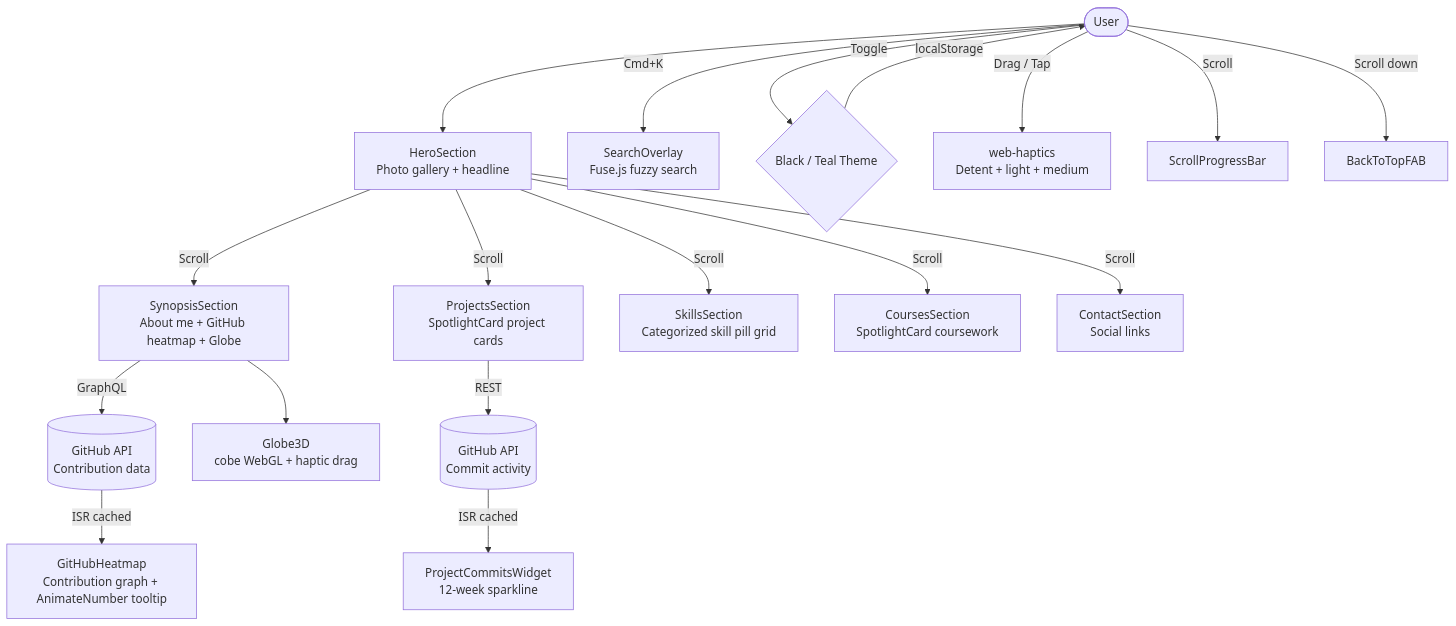
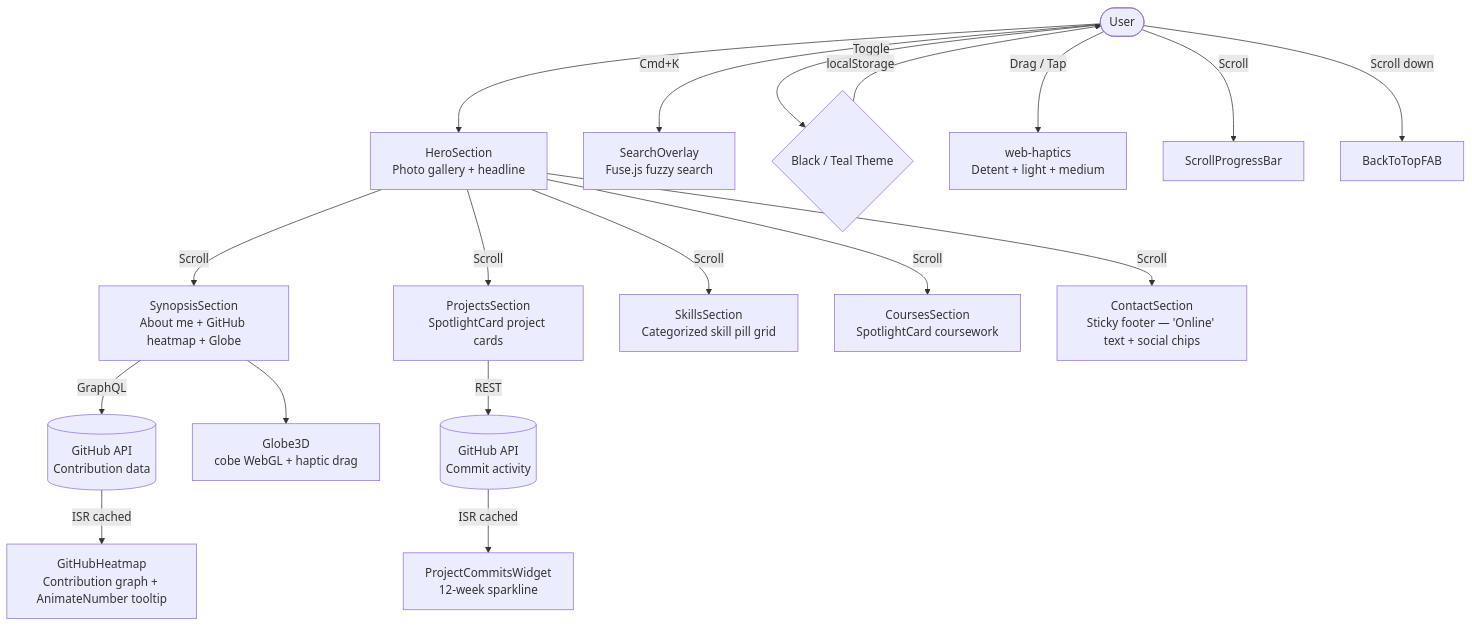
Before and after one commit to hoangngo-sudo/portfolio: the first of 2 diagrams in README.md, drawn with Mermaid. The commit also changed other lines of this file, not shown here.

````diff
--- a/README.md
+++ b/README.md
@@ -7,26 +7,26 @@
 ```mermaid
 flowchart TB
     USER([User]) --> HERO["HeroSection<br/>Photo gallery + headline"]
     HERO --> |Scroll| SYNOPSIS["SynopsisSection<br/>About me + GitHub heatmap + Globe"]
     HERO --> |Scroll| PROJECTS["ProjectsSection<br/>SpotlightCard project cards"]
     HERO --> |Scroll| SKILLS["SkillsSection<br/>Categorized skill pill grid"]
     HERO --> |Scroll| COURSES["CoursesSection<br/>SpotlightCard coursework"]
-    HERO --> |Scroll| CONTACT["ContactSection<br/>Social links"]
+    HERO --> |Scroll| CONTACT["ContactSection<br/>Sticky footer — 'Online' text + social chips"]
 
     USER --> |Cmd+K| SEARCH["SearchOverlay<br/>Fuse.js fuzzy search"]
 
     SYNOPSIS --> |GraphQL| GITHUB[("GitHub API<br/>Contribution data")]
     GITHUB --> |ISR cached| HEATMAP["GitHubHeatmap<br/>Contribution graph + AnimateNumber tooltip"]
     SYNOPSIS --> GLOBE["Globe3D<br/>cobe WebGL + haptic drag"]
 
     PROJECTS --> |REST| GHREST[("GitHub API<br/>Commit activity")]
     GHREST --> |ISR cached| COMMITS["ProjectCommitsWidget<br/>12-week sparkline"]
 
     USER --> |Toggle| THEME{"Black / Teal Theme"}
     THEME --> |localStorage| USER
 
     USER --> |Drag / Tap | HAPTICS["web-haptics<br/>Detent + light + medium"]
 
     USER --> |Scroll| PROGRESS["ScrollProgressBar"]
     USER --> |Scroll down| FAB["BackToTopFAB"]
 ```
````
